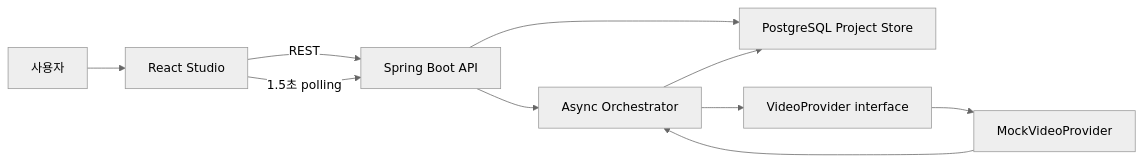
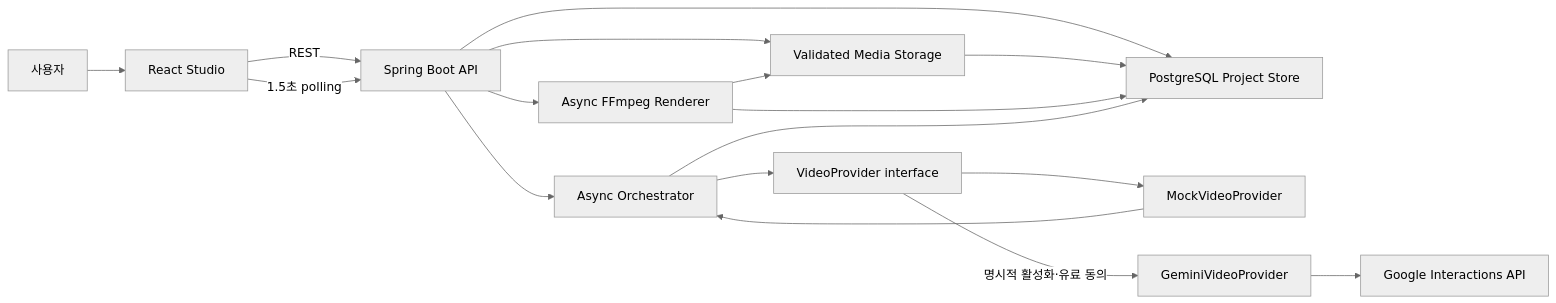
Before and after one commit to up-honey/AiAutoMvMaker: the diagram in PORTFOLIO.md, drawn with Mermaid (neutral theme). The commit also changed other lines of this file and 63 other files, not shown here.

````diff
--- a/PORTFOLIO.md
+++ b/PORTFOLIO.md
@@ -46,12 +47,19 @@
 ```mermaid
 flowchart LR
     USER["사용자"] --> UI["React Studio"]
     UI -->|REST| API["Spring Boot API"]
     API --> STORE["PostgreSQL Project Store"]
+    API --> MEDIA["Validated Media Storage"]
+    MEDIA --> STORE
+    API --> RENDER["Async FFmpeg Renderer"]
+    RENDER --> MEDIA
+    RENDER --> STORE
     API --> WORKER["Async Orchestrator"]
     WORKER --> CONTRACT["VideoProvider interface"]
     CONTRACT --> MOCK["MockVideoProvider"]
+    CONTRACT -->|명시적 활성화·유료 동의| GEMINI["GeminiVideoProvider"]
+    GEMINI --> GOOGLE["Google Interactions API"]
     MOCK --> WORKER
     WORKER --> STORE
     UI -->|1.5초 polling| API
 ```
````
